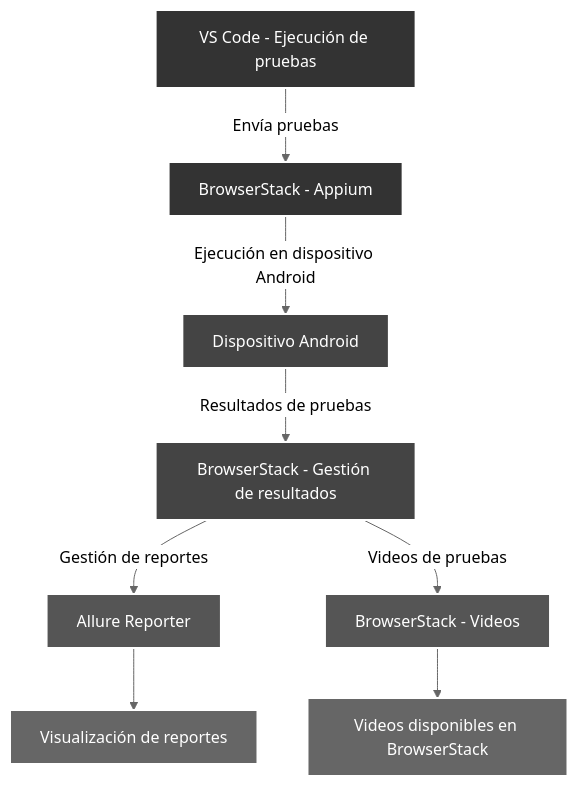
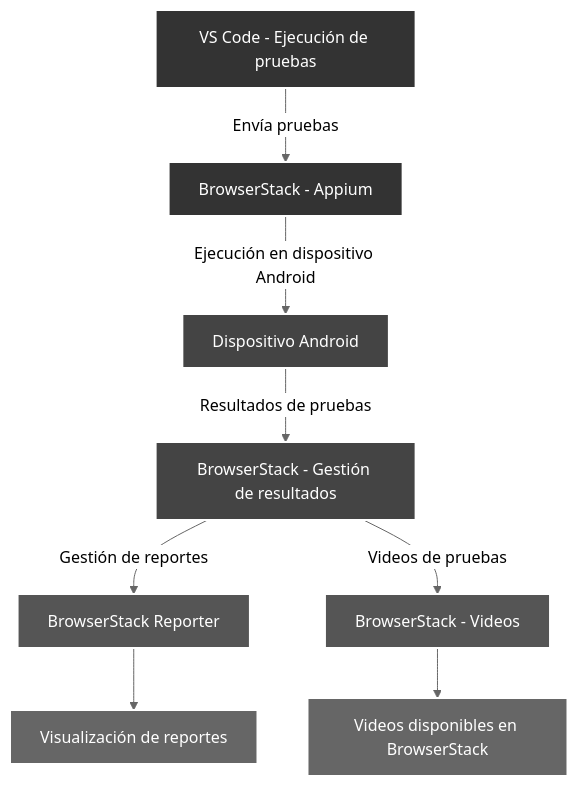
The first of 2 diagrams in README.md (UPT-FAING-EPIS/proyecto-si8811a-2024-ii-u1-pruebas-2-rivera-lupaca), drawn with Mermaid (neutral theme) before and after one commit.

````diff
--- a/README.md
+++ b/README.md
@@ -27,21 +27,21 @@
 ```mermaid
 graph TD
     A[VS Code - Ejecución de pruebas] -->|Envía pruebas| B[BrowserStack - Appium]
     B -->|Ejecución en dispositivo Android| C[Dispositivo Android]
     C -->|Resultados de pruebas| D[BrowserStack - Gestión de resultados]
-    D -->|Gestión de reportes| E[Allure Reporter]
+    D -->|Gestión de reportes| E[BrowserStack Reporter]
     D -->|Videos de pruebas| F[BrowserStack - Videos]
     E --> G[Visualización de reportes]
     F --> H[Videos disponibles en BrowserStack]
 
     style A fill:#333,stroke:#FFF,stroke-width:2px,color:#FFF;
     style B fill:#333,stroke:#FFF,stroke-width:2px,color:#FFF;
     style C fill:#444,stroke:#FFF,stroke-width:2px,color:#FFF;
     style D fill:#444,stroke:#FFF,stroke-width:2px,color:#FFF;
     style E fill:#555,stroke:#FFF,stroke-width:2px,color:#FFF;
     style F fill:#555,stroke:#FFF,stroke-width:2px,color:#FFF;
     style G fill:#666,stroke:#FFF,stroke-width:2px,color:#FFF;
     style H fill:#666,stroke:#FFF,stroke-width:2px,color:#FFF;
 
 
 ```
````
